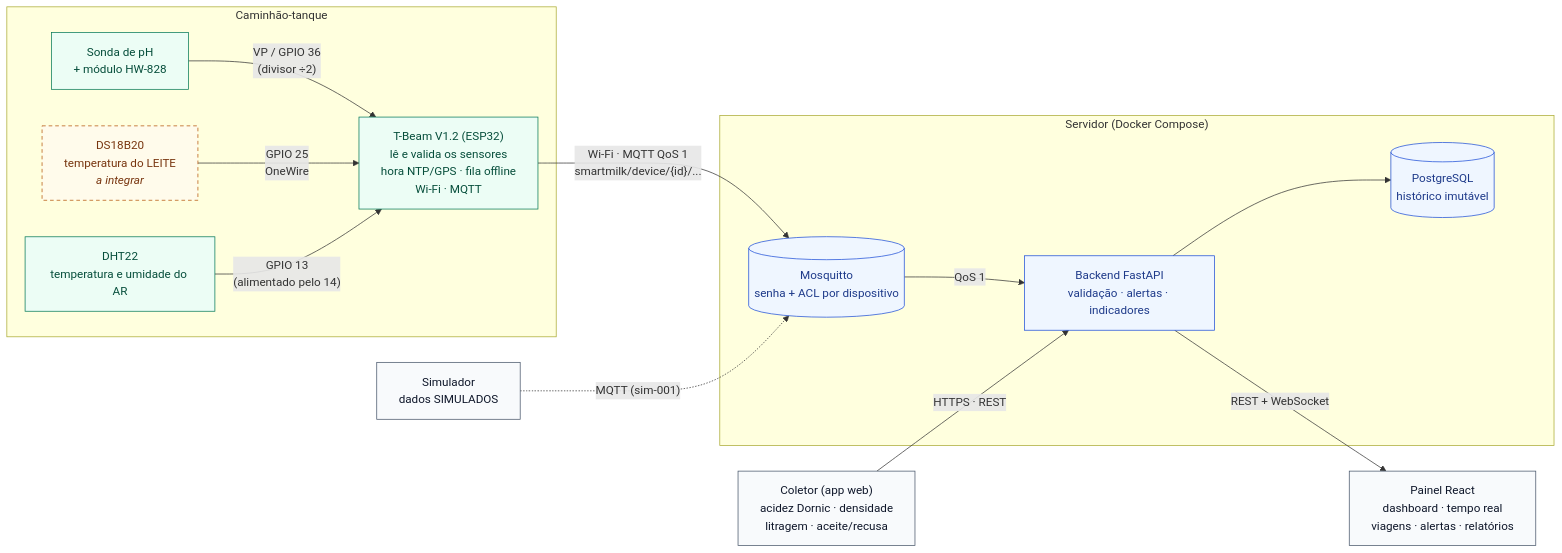
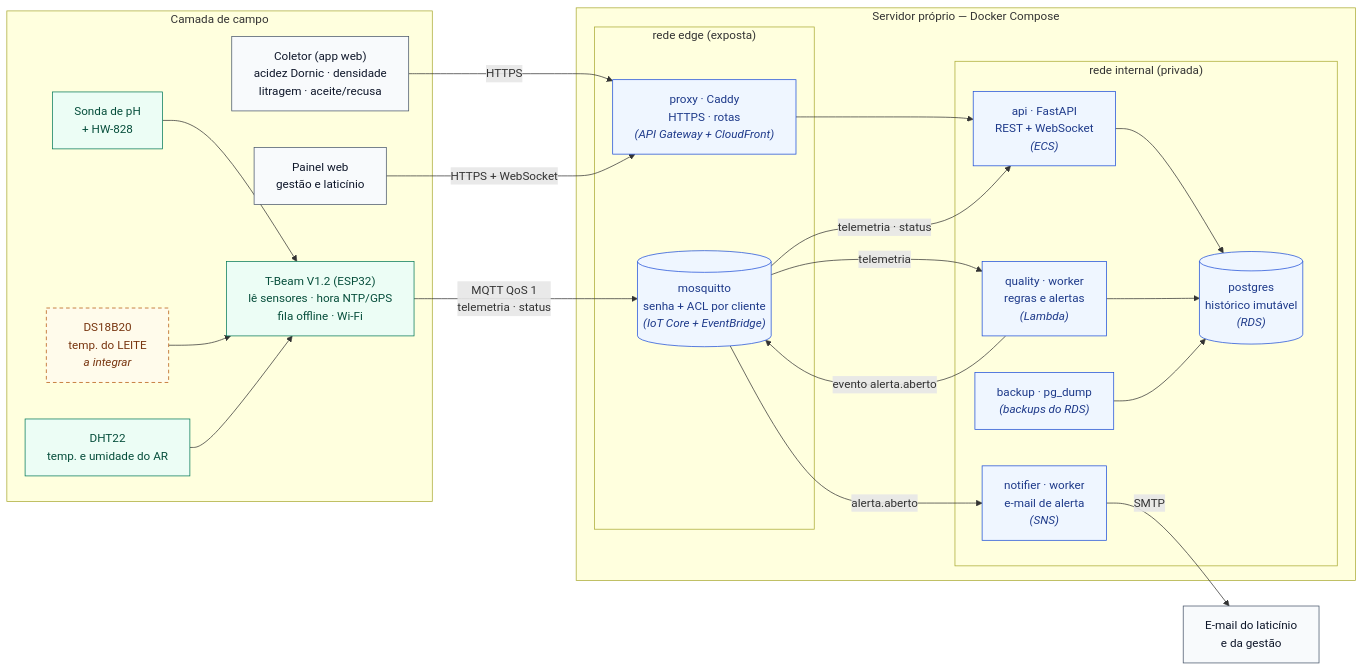
Before and after one commit to Zafir07/LogLacato: the diagram in docs/architecture/arquitetura.mmd, drawn with Mermaid. The commit also changed 36 other files, not shown here.

```diff
--- a/docs/architecture/arquitetura.mmd
+++ b/docs/architecture/arquitetura.mmd
@@ -1,36 +1,48 @@
 flowchart LR
-  subgraph CAM["Caminhão-tanque"]
-    PH["Sonda de pH<br/>+ módulo HW-828"]
-    DS["DS18B20<br/>temperatura do LEITE<br/><i>a integrar</i>"]
-    DHT["DHT22<br/>temperatura e umidade do AR"]
-    ESP["T-Beam V1.2 (ESP32)<br/>lê e valida os sensores<br/>hora NTP/GPS · fila offline<br/>Wi-Fi · MQTT"]
-    PH -- "VP / GPIO 36<br/>(divisor ÷2)" --> ESP
-    DS -- "GPIO 25<br/>OneWire" --> ESP
-    DHT -- "GPIO 13<br/>(alimentado pelo 14)" --> ESP
+  subgraph CAMPO["Camada de campo"]
+    PH["Sonda de pH<br/>+ HW-828"]
+    DS["DS18B20<br/>temp. do LEITE<br/><i>a integrar</i>"]
+    DHT["DHT22<br/>temp. e umidade do AR"]
+    ESP["T-Beam V1.2 (ESP32)<br/>lê sensores · hora NTP/GPS<br/>fila offline · Wi-Fi"]
+    COL["Coletor (app web)<br/>acidez Dornic · densidade<br/>litragem · aceite/recusa"]
+    WEB["Painel web<br/>gestão e laticínio"]
+    PH --> ESP
+    DS --> ESP
+    DHT --> ESP
   end
 
-  subgraph SRV["Servidor (Docker Compose)"]
-    MQ[("Mosquitto<br/>senha + ACL por dispositivo")]
-    API["Backend FastAPI<br/>validação · alertas · indicadores"]
-    DB[("PostgreSQL<br/>histórico imutável")]
-    MQ -- "QoS 1" --> API
-    API --> DB
+  subgraph SRV["Servidor próprio — Docker Compose"]
+    subgraph EDGE["rede edge (exposta)"]
+      PX["proxy · Caddy<br/>HTTPS · rotas<br/><i>(API Gateway + CloudFront)</i>"]
+      MQ[("mosquitto<br/>senha + ACL por cliente<br/><i>(IoT Core + EventBridge)</i>")]
+    end
+    subgraph INT["rede internal (privada)"]
+      API["api · FastAPI<br/>REST + WebSocket<br/><i>(ECS)</i>"]
+      QL["quality · worker<br/>regras e alertas<br/><i>(Lambda)</i>"]
+      NT["notifier · worker<br/>e-mail de alerta<br/><i>(SNS)</i>"]
+      DB[("postgres<br/>histórico imutável<br/><i>(RDS)</i>")]
+      BK["backup · pg_dump<br/><i>(backups do RDS)</i>"]
+    end
   end
 
-  COL["Coletor (app web)<br/>acidez Dornic · densidade<br/>litragem · aceite/recusa"]
-  WEB["Painel React<br/>dashboard · tempo real<br/>viagens · alertas · relatórios"]
-  SIM["Simulador<br/>dados SIMULADOS"]
-
-  ESP -- "Wi-Fi · MQTT QoS 1<br/>smartmilk/device/{id}/..." --> MQ
-  SIM -. "MQTT (sim-001)" .-> MQ
-  COL -- "HTTPS · REST" --> API
-  API -- "REST + WebSocket" --> WEB
+  ESP -- "MQTT QoS 1<br/>telemetria · status" --> MQ
+  COL -- "HTTPS" --> PX
+  WEB -- "HTTPS + WebSocket" --> PX
+  PX --> API
+  MQ -- "telemetria" --> QL
+  MQ -- "telemetria · status" --> API
+  QL -- "evento alerta.aberto" --> MQ
+  MQ -- "alerta.aberto" --> NT
+  API --> DB
+  QL --> DB
+  BK --> DB
+  NT -- "SMTP" --> MAIL["E-mail do laticínio<br/>e da gestão"]
 
   classDef pend stroke-dasharray: 5 4,stroke:#b45309,color:#78350f,fill:#fffbeb
   classDef hw fill:#ecfdf5,stroke:#047857,color:#064e3b
   classDef srv fill:#eff6ff,stroke:#1d4ed8,color:#1e3a8a
   classDef ext fill:#f8fafc,stroke:#475569,color:#0f172a
   class PH,DHT,ESP hw
   class DS pend
-  class MQ,API,DB srv
-  class COL,WEB,SIM ext
+  class PX,MQ,API,QL,NT,DB,BK srv
+  class COL,WEB,MAIL ext
```
